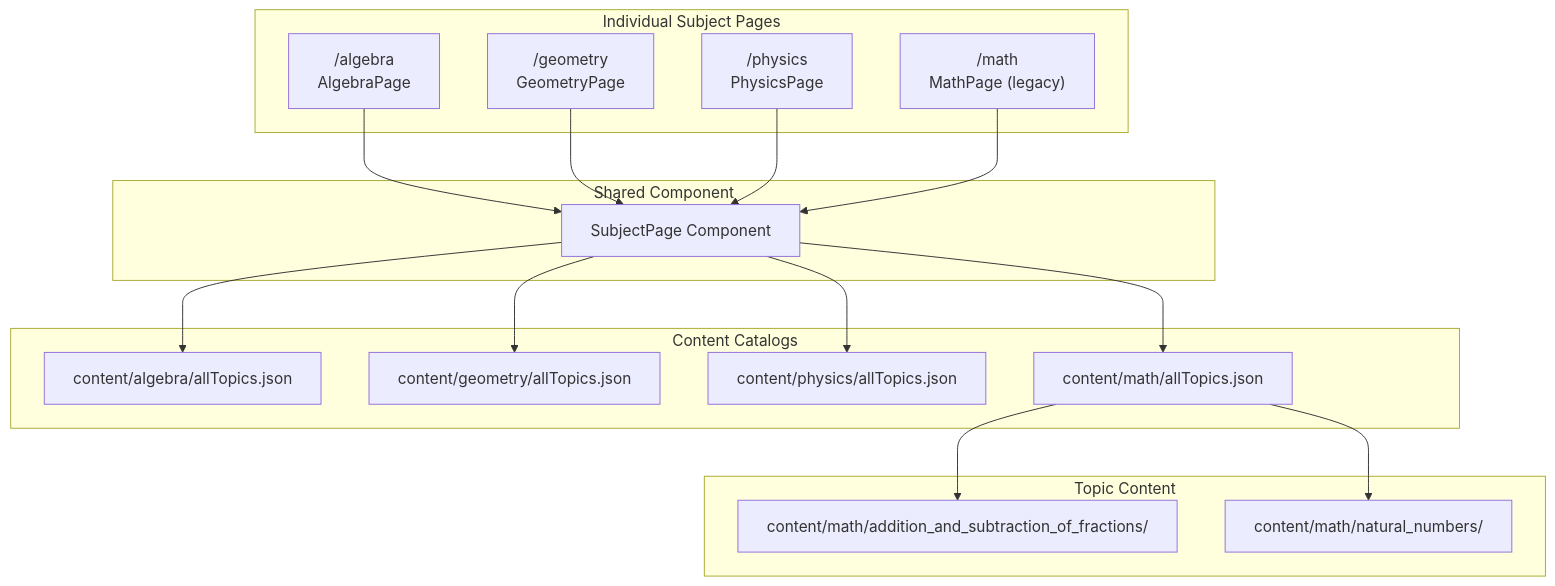
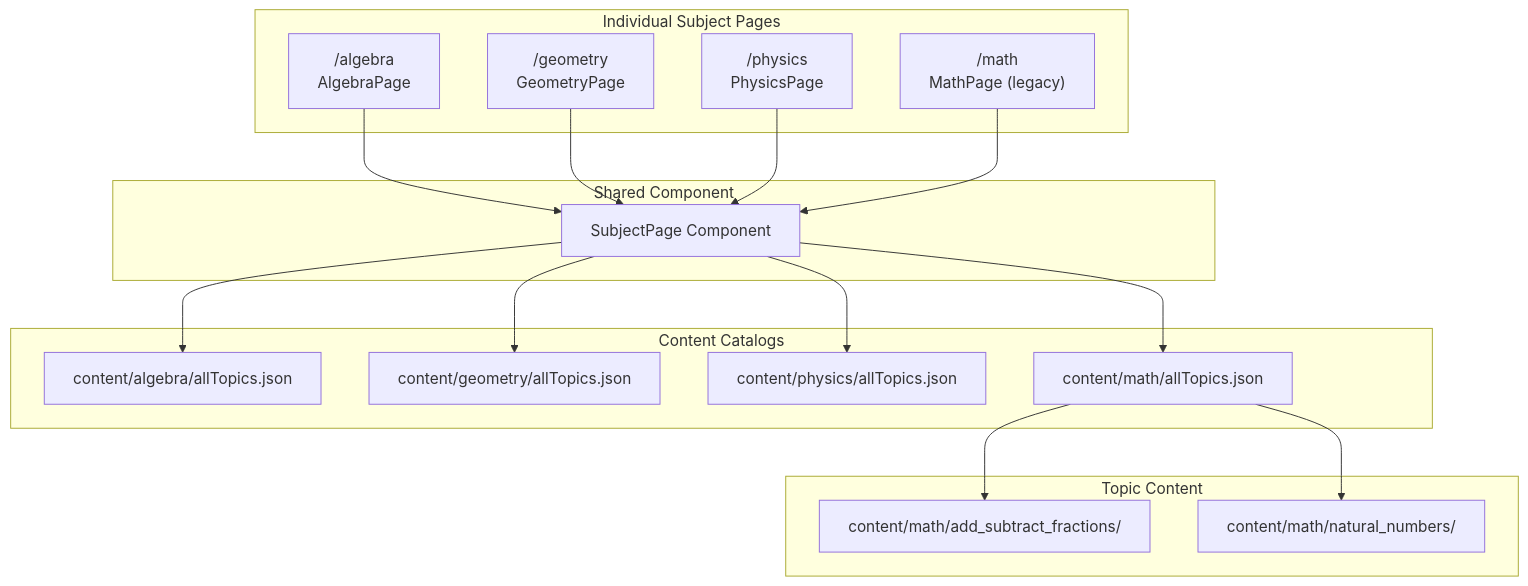
One commit to AlexKutz/math-app-next-js changed the first of 3 diagrams in .qoder/repowiki/en/content/Core Features/Content Management System/Subject Organization & Structure.md. Above: the diagram before and after it, drawn with Mermaid. The commit also changed other lines of this file and 125 other files, not shown here.

````diff
--- a/.qoder/repowiki/en/content/Core Features/Content Management System/Subject Organization & Structure.md
+++ b/.qoder/repowiki/en/content/Core Features/Content Management System/Subject Organization & Structure.md
@@ -54,32 +56,32 @@
 ```mermaid
 graph TB
 subgraph "Individual Subject Pages"
 A["/algebra<br/>AlgebraPage"]
 G["/geometry<br/>GeometryPage"]
 P["/physics<br/>PhysicsPage"]
 M["/math<br/>MathPage (legacy)"]
 end
 subgraph "Shared Component"
 SP["SubjectPage Component"]
 end
 subgraph "Content Catalogs"
 CAT_A["content/algebra/allTopics.json"]
 CAT_G["content/geometry/allTopics.json"]
 CAT_P["content/physics/allTopics.json"]
 CAT_M["content/math/allTopics.json"]
 end
 subgraph "Topic Content"
-TOP_FRACTIONS["content/math/addition_and_subtraction_of_fractions/"]
+TOP_FRACTIONS["content/math/add_subtract_fractions/"]
 TOP_NATNUM["content/math/natural_numbers/"]
 end
 A --> SP
 G --> SP
 P --> SP
 M --> SP
 SP --> CAT_A
 SP --> CAT_G
 SP --> CAT_P
 SP --> CAT_M
 CAT_M --> TOP_FRACTIONS
 CAT_M --> TOP_NATNUM
 ```
````
